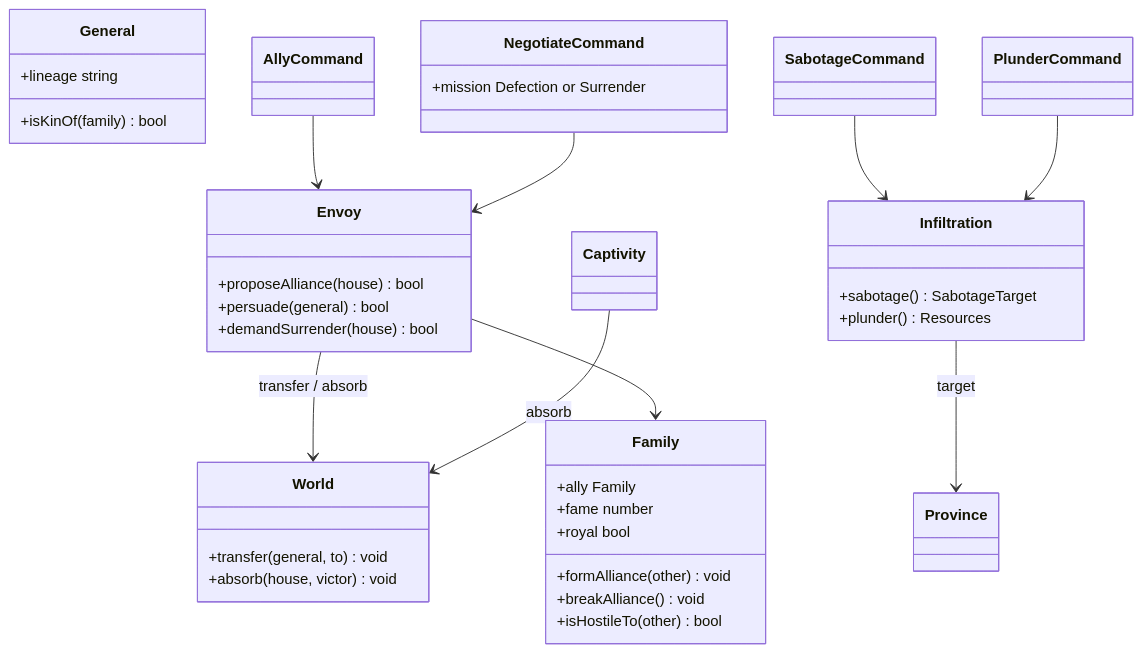
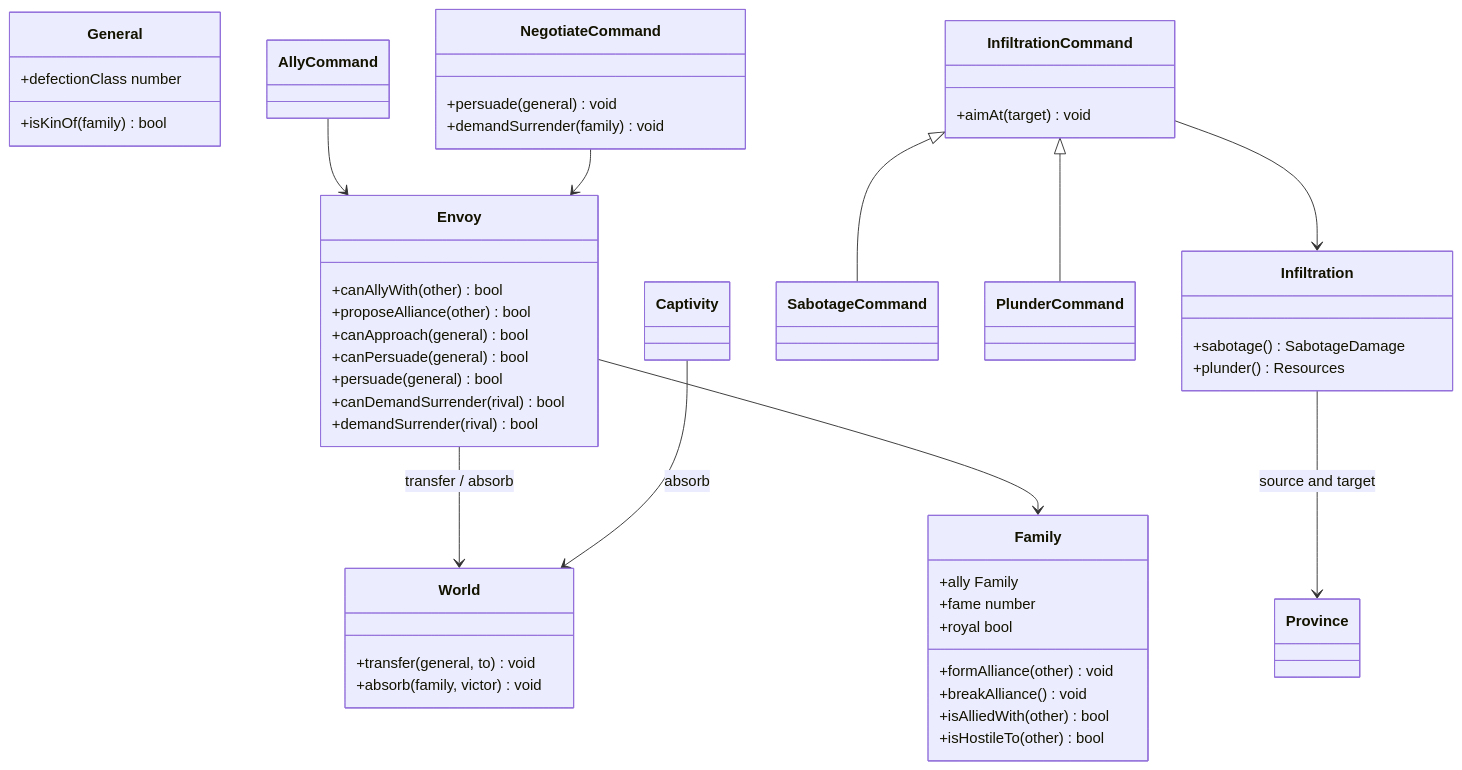
The second of 4 diagrams in gemstorm/docs/design/10-diplomacy.md (pslotinsky/kunstkamera), drawn with Mermaid before and after one commit. The commit also changed other lines of this file and 19 other files, not shown here.

````diff
--- a/gemstorm/docs/design/10-diplomacy.md
+++ b/gemstorm/docs/design/10-diplomacy.md
@@ -132,42 +121,52 @@
 ```mermaid
 classDiagram
   class Family {
     +ally Family
     +fame number
     +royal bool
     +formAlliance(other) void
     +breakAlliance() void
+    +isAlliedWith(other) bool
     +isHostileTo(other) bool
   }
   class General {
-    +lineage string
+    +defectionClass number
     +isKinOf(family) bool
   }
   class Envoy {
-    +proposeAlliance(house) bool
+    +canAllyWith(other) bool
+    +proposeAlliance(other) bool
+    +canApproach(general) bool
+    +canPersuade(general) bool
     +persuade(general) bool
-    +demandSurrender(house) bool
+    +canDemandSurrender(rival) bool
+    +demandSurrender(rival) bool
   }
   class Infiltration {
-    +sabotage() SabotageTarget
+    +sabotage() SabotageDamage
     +plunder() Resources
   }
   class World {
     +transfer(general, to) void
-    +absorb(house, victor) void
+    +absorb(family, victor) void
   }
   class AllyCommand
   class NegotiateCommand {
-    +mission Defection or Surrender
+    +persuade(general) void
+    +demandSurrender(family) void
+  }
+  class InfiltrationCommand {
+    +aimAt(target) void
   }
   class SabotageCommand
   class PlunderCommand
   AllyCommand --> Envoy
   NegotiateCommand --> Envoy
-  SabotageCommand --> Infiltration
-  PlunderCommand --> Infiltration
+  InfiltrationCommand <|-- SabotageCommand
+  InfiltrationCommand <|-- PlunderCommand
+  InfiltrationCommand --> Infiltration
   Envoy --> World : transfer / absorb
   Captivity --> World : absorb
   Envoy --> Family
-  Infiltration --> Province : target
+  Infiltration --> Province : source and target
 ```
````
